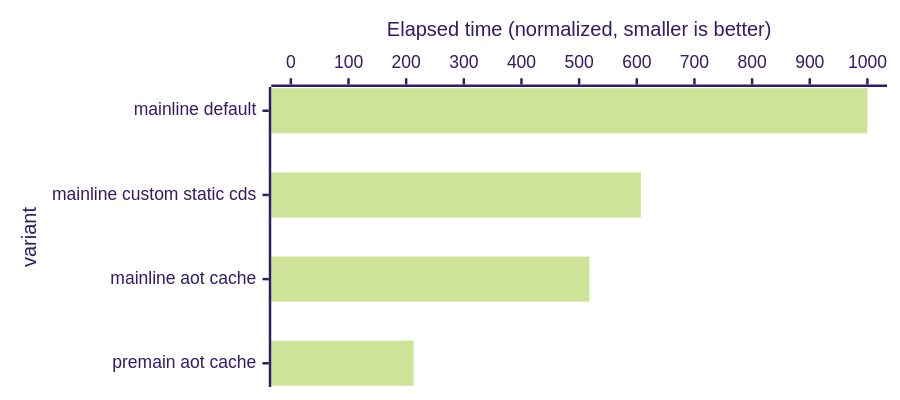
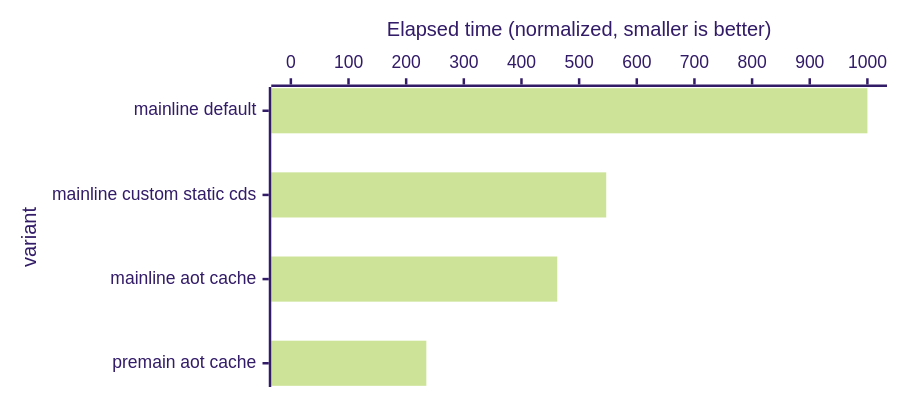
Before and after one commit to openjdk/leyden: diagram 11 of 12 in benchmarks/README.md, drawn with Mermaid. The commit also changed other lines of this file and 4 other files, not shown here.

````diff
--- a/benchmarks/README.md
+++ b/benchmarks/README.md
@@ -285,13 +285,13 @@
 ```mermaid
 ---
 config:
     theme: "forest"
     xyChart:
         chartOrientation: horizontal
         height: 300
 ---
 xychart-beta
     x-axis "variant" ["mainline default", "mainline custom static cds", "mainline aot cache", "premain aot cache"]
     y-axis "Elapsed time (normalized, smaller is better)" 0 --> 1000
-    bar [1000, 607, 518, 213]
+    bar [1000, 547, 462, 235]
 ```
````
